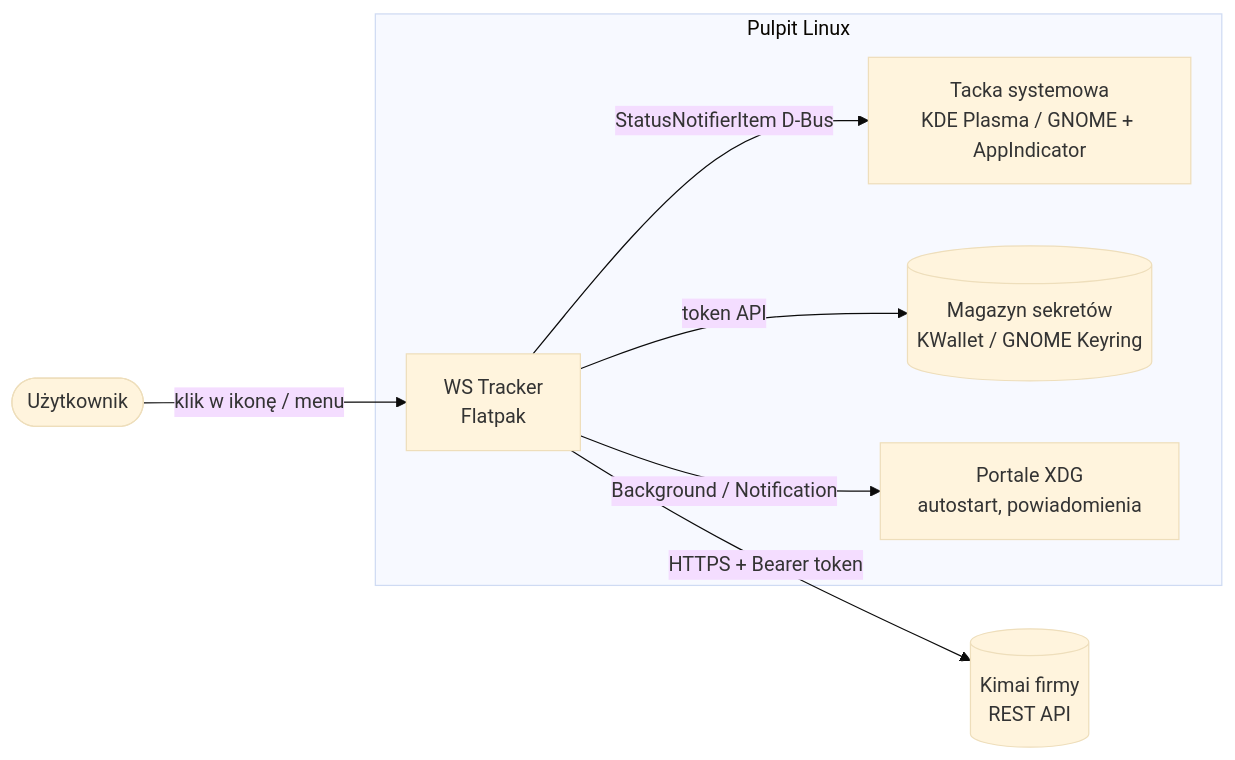
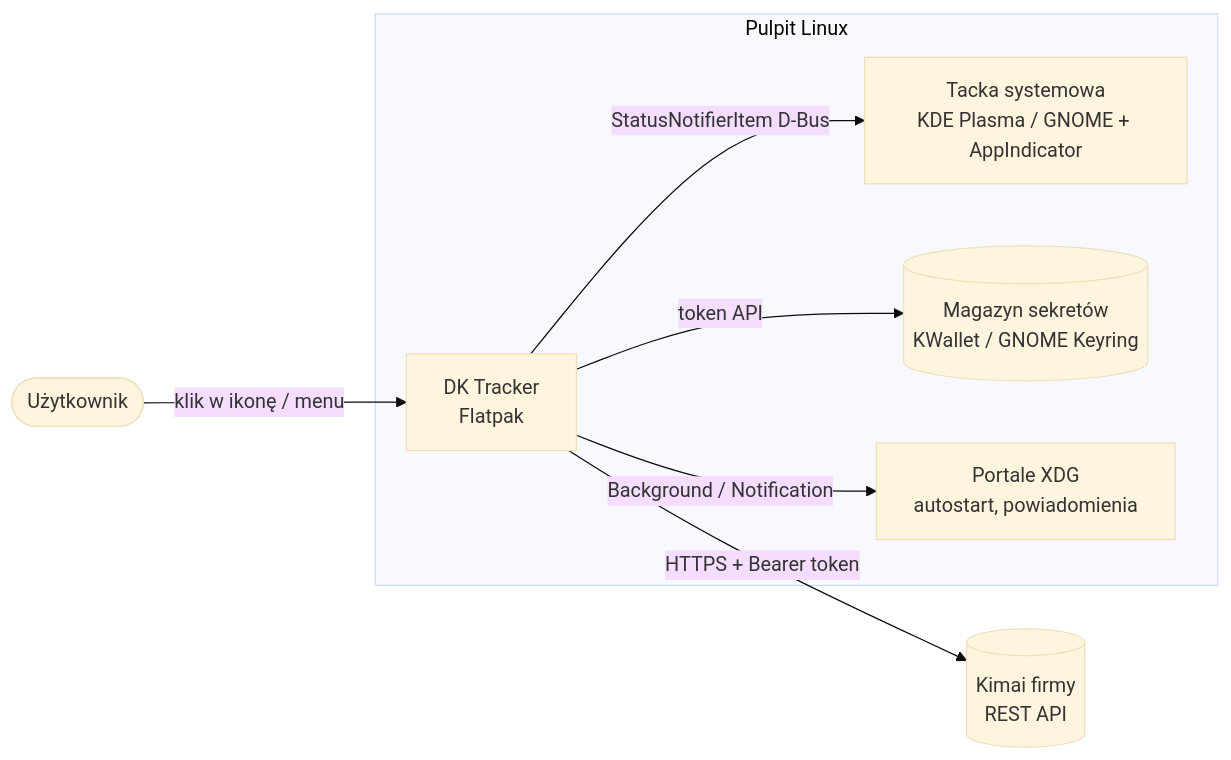
One commit to DragonKing026/DK-Tracker-Linux changed the diagram in docs/architektura/przeglad.md. Above: the diagram before and after it, drawn with Mermaid (base theme). The commit also changed other lines of this file and 73 other files, not shown here.

````diff
--- a/docs/architektura/przeglad.md
+++ b/docs/architektura/przeglad.md
@@ -37,14 +37,14 @@
 ```mermaid
 flowchart LR
     U([Użytkownik]) -- klik w ikonę / menu --> APP
     subgraph Pulpit Linux
         TRAY[Tacka systemowa<br/>KDE Plasma / GNOME + AppIndicator]
-        APP[WS Tracker<br/>Flatpak]
+        APP[DK Tracker<br/>Flatpak]
         SEC[(Magazyn sekretów<br/>KWallet / GNOME Keyring)]
         PORT[Portale XDG<br/>autostart, powiadomienia]
     end
     APP -- StatusNotifierItem D-Bus --> TRAY
     APP -- token API --> SEC
     APP -- Background / Notification --> PORT
     APP -- HTTPS + Bearer token --> KIMAI[(Kimai firmy<br/>REST API)]
 ```
````
